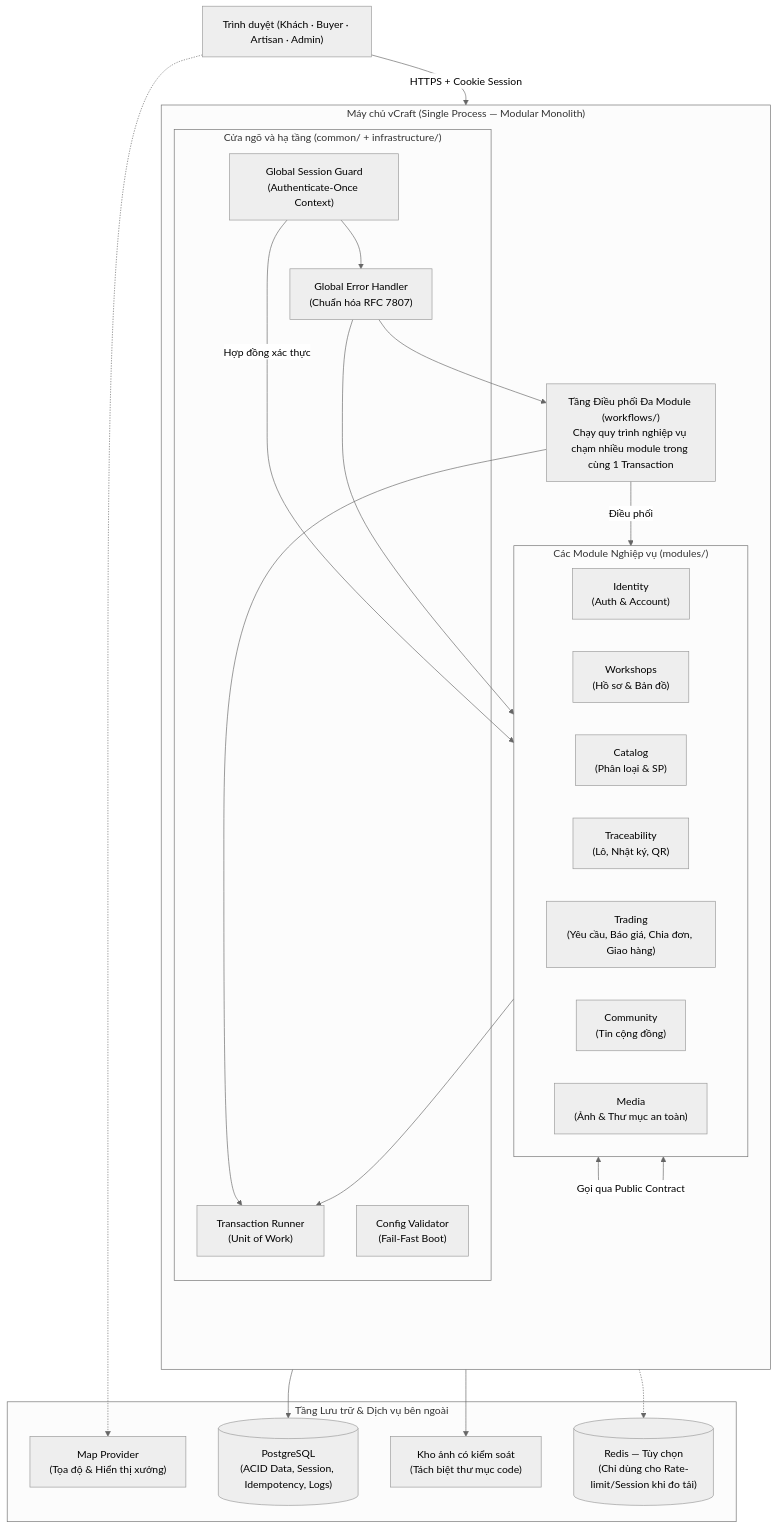
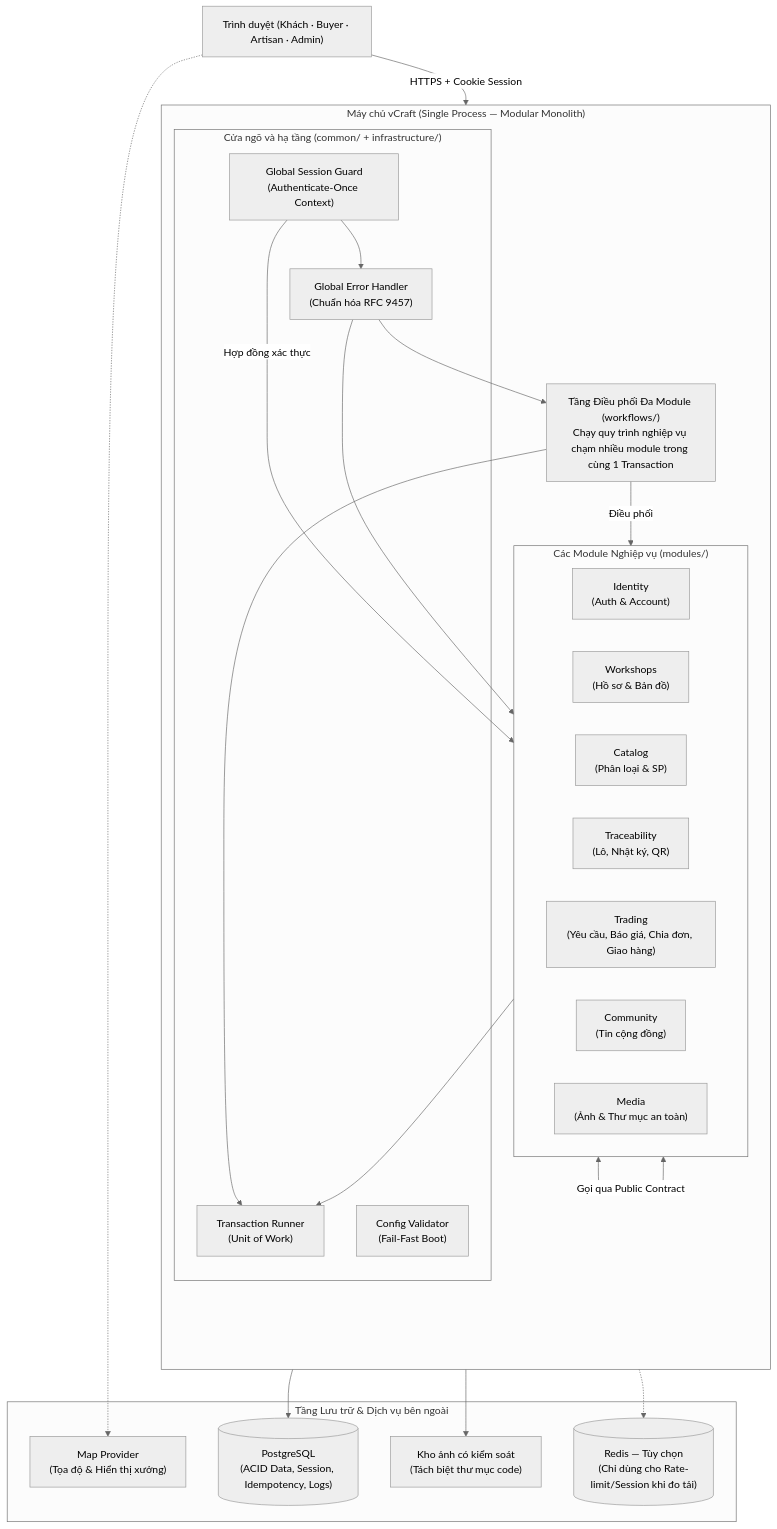
One commit to HUY-TD16/vCraft changed the first of 5 diagrams in docs/04-architecture/architecture-overview.md. Above: the diagram before and after it, drawn with Mermaid (neutral theme). The commit also changed other lines of this file and 6 other files, not shown here.

````diff
--- a/docs/04-architecture/architecture-overview.md
+++ b/docs/04-architecture/architecture-overview.md
@@ -34,52 +34,52 @@
 ```mermaid
 flowchart TB
     Client["Trình duyệt (Khách · Buyer · Artisan · Admin)"]
 
     subgraph Server["Máy chủ vCraft (Single Process — Modular Monolith)"]
         direction TB
 
         subgraph Gateway["Cửa ngõ và hạ tầng (common/ + infrastructure/)"]
             Config["Config Validator\n(Fail-Fast Boot)"]
             AuthMid["Global Session Guard\n(Authenticate-Once Context)"]
-            ErrHandler["Global Error Handler\n(Chuẩn hóa RFC 7807)"]
+            ErrHandler["Global Error Handler\n(Chuẩn hóa RFC 9457)"]
             TxRunner["Transaction Runner\n(Unit of Work)"]
         end
 
         subgraph Modules["Các Module Nghiệp vụ (modules/)"]
             direction LR
             Identity["Identity\n(Auth & Account)"]
             Workshops["Workshops\n(Hồ sơ & Bản đồ)"]
             Catalog["Catalog\n(Phân loại & SP)"]
             Traceability["Traceability\n(Lô, Nhật ký, QR)"]
             Trading["Trading\n(Yêu cầu, Báo giá, Chia đơn, Giao hàng)"]
             Community["Community\n(Tin cộng đồng)"]
             Media["Media\n(Ảnh & Thư mục an toàn)"]
         end
 
         Workflows["Tầng Điều phối Đa Module (workflows/)\nChạy quy trình nghiệp vụ chạm nhiều module trong cùng 1 Transaction"]
     end
 
     subgraph Storage["Tầng Lưu trữ & Dịch vụ bên ngoài"]
         Postgres[("PostgreSQL\n(ACID Data, Session, Idempotency, Logs)")]
         DiskFiles["Kho ảnh có kiểm soát\n(Tách biệt thư mục code)"]
         MapAPI["Map Provider\n(Tọa độ & Hiển thị xưởng)"]
         RedisOpt[("Redis — Tùy chọn\n(Chỉ dùng cho Rate-limit/Session khi đo tải)")]
     end
 
     Client -->|HTTPS + Cookie Session| AuthMid
     AuthMid --> ErrHandler
     ErrHandler --> Modules
     ErrHandler --> Workflows
 
     Modules <-->|Gọi qua Public Contract| Modules
     Workflows -->|Điều phối| Modules
 
     Modules --> TxRunner
     Workflows --> TxRunner
 
     TxRunner --> Postgres
     Media --> DiskFiles
     Client -.-> MapAPI
     AuthMid -->|Hợp đồng xác thực| Identity
     Identity -.-> RedisOpt
 ```
````
